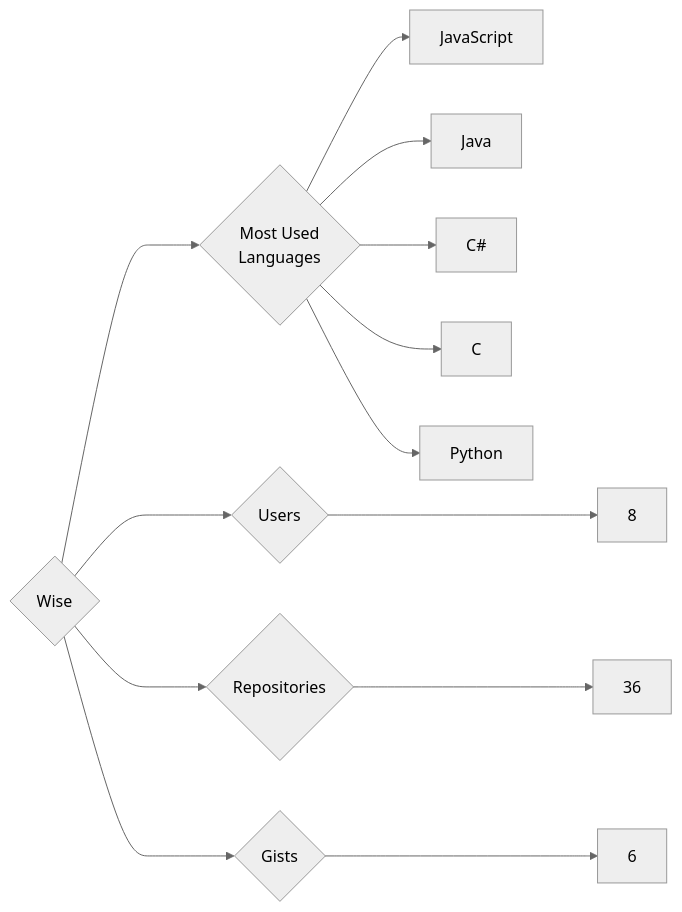
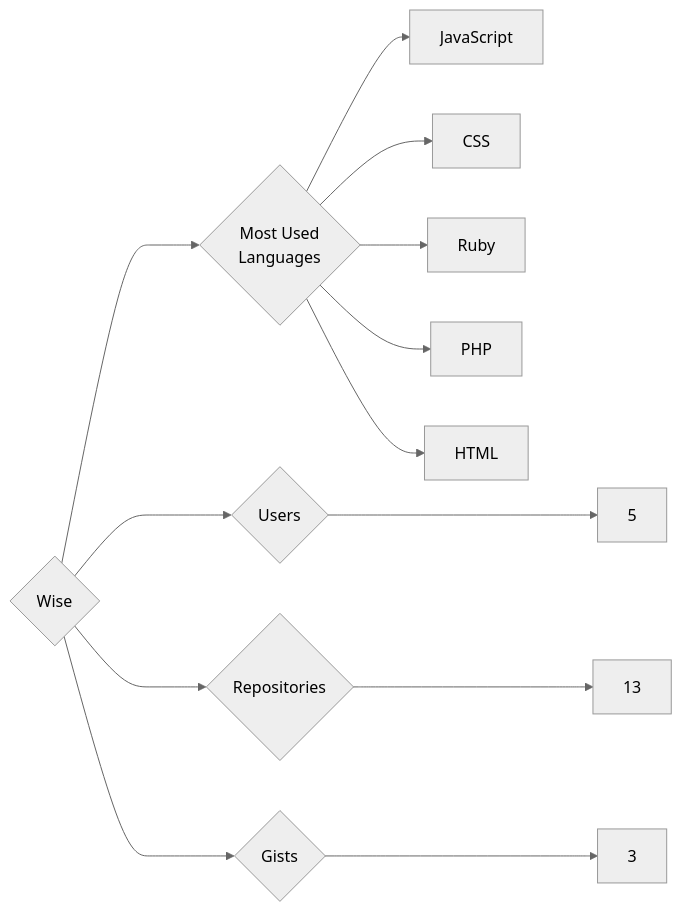
One commit to trickest/insiders changed the diagram in targets/Wise/README.md. Above: the diagram before and after it, drawn with Mermaid (neutral theme). The commit also changed 1508 other files, not shown here.

````diff
--- a/targets/Wise/README.md
+++ b/targets/Wise/README.md
@@ -3,13 +3,13 @@
 ```mermaid
 graph LR
 COMPANY_NAME{Wise}
-COMPANY_NAME ---> U{Users} ---> UN[8]
-COMPANY_NAME ---> R{Repositories} ---> RN[36]
-COMPANY_NAME ---> G{Gists} ---> GN[6]
+COMPANY_NAME ---> U{Users} ---> UN[5]
+COMPANY_NAME ---> R{Repositories} ---> RN[13]
+COMPANY_NAME ---> G{Gists} ---> GN[3]
 COMPANY_NAME ---> ML{Most Used<br>Languages}
 ML --> JavaScript[JavaScript]
-ML --> Java[Java]
-ML --> C#[C#]
-ML --> C[C]
-ML --> Python[Python]
+ML --> CSS[CSS]
+ML --> Ruby[Ruby]
+ML --> PHP[PHP]
+ML --> HTML[HTML]
 ```
````
